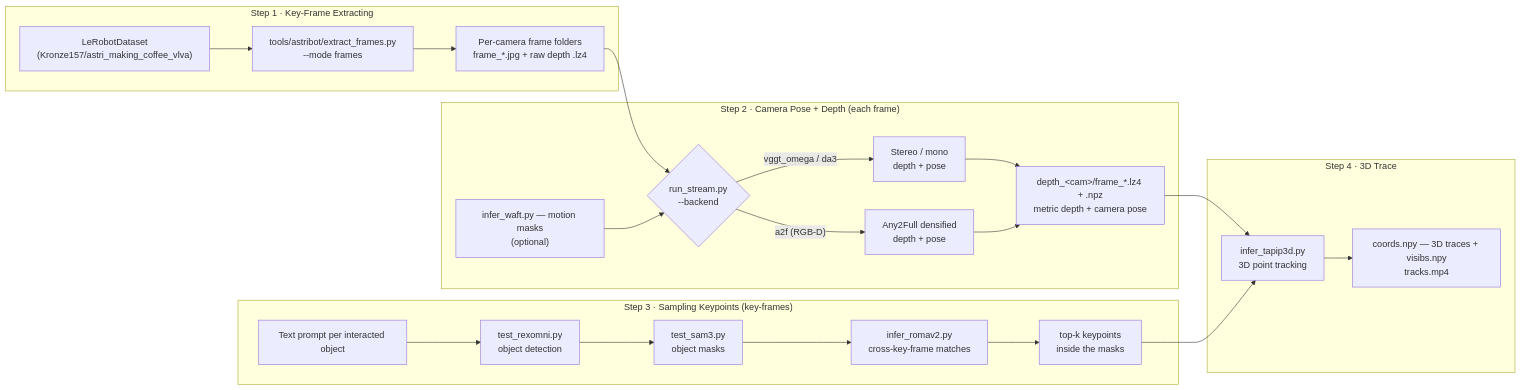
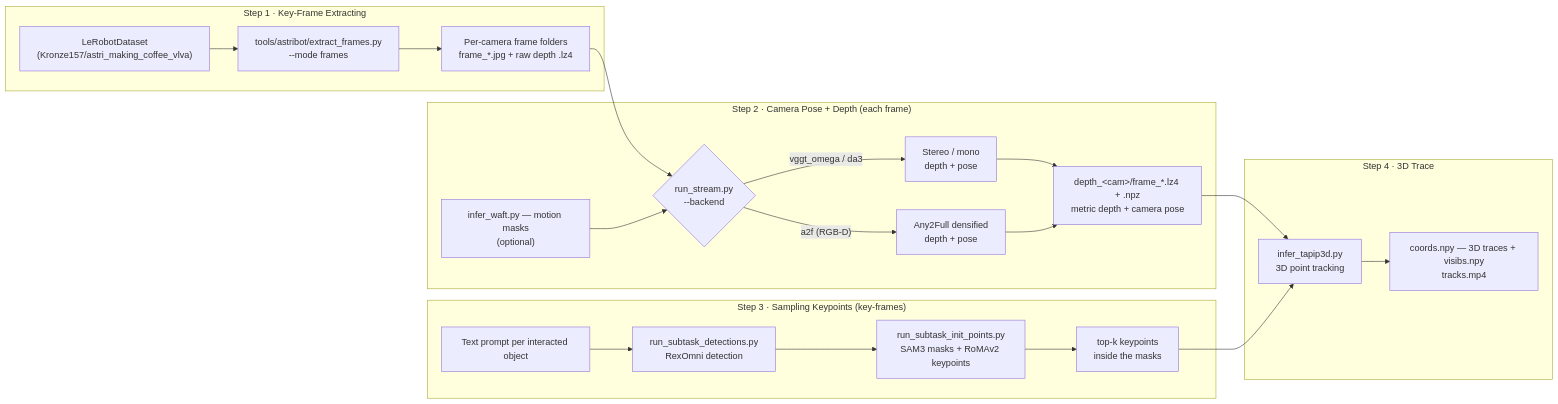
The diagram in docs/general_test/general_test.md (Chuong98CC/TraceEngine), drawn with Mermaid before and after one commit. The commit also changed other lines of this file and 24 other files, not shown here.

````diff
--- a/docs/general_test/general_test.md
+++ b/docs/general_test/general_test.md
@@ -16,29 +31,28 @@
 ```mermaid
 flowchart LR
     subgraph Step1["Step 1 · Key-Frame Extracting"]
         DS["LeRobotDataset<br/>(Kronze157/astri_making_coffee_vlva)"] --> EF["tools/astribot/extract_frames.py<br/>--mode frames"]
         EF --> FR["Per-camera frame folders<br/>frame_*.jpg + raw depth .lz4"]
     end
 
     subgraph Step2["Step 2 · Camera Pose + Depth (each frame)"]
         FR --> RS{"run_stream.py<br/>--backend"}
         WF["infer_waft.py — motion masks<br/>(optional)"] --> RS
         RS -->|"vggt_omega / da3"| ST["Stereo / mono<br/>depth + pose"]
         RS -->|"a2f (RGB-D)"| A2F["Any2Full densified<br/>depth + pose"]
         ST --> OUT["depth_&lt;cam&gt;/frame_*.lz4 + .npz<br/>metric depth + camera pose"]
         A2F --> OUT
     end
 
     subgraph Step3["Step 3 · Sampling Keypoints (key-frames)"]
-        TX["Text prompt per interacted object"] --> RX["test_rexomni.py<br/>object detection"]
-        RX --> SM["test_sam3.py<br/>object masks"]
-        SM --> RM["infer_romav2.py<br/>cross-key-frame matches"]
-        RM --> TK["top-k keypoints<br/>inside the masks"]
+        TX["Text prompt per interacted object"] --> RX["run_subtask_detections.py<br/>RexOmni detection"]
+        RX --> SM["run_subtask_init_points.py<br/>SAM3 masks + RoMAv2 keypoints"]
+        SM --> TK["top-k keypoints<br/>inside the masks"]
     end
 
     subgraph Step4["Step 4 · 3D Trace"]
         OUT --> TP["infer_tapip3d.py<br/>3D point tracking"]
         TK --> TP
         TP --> TR["coords.npy — 3D traces + visibs.npy<br/>tracks.mp4"]
     end
 ```
````
